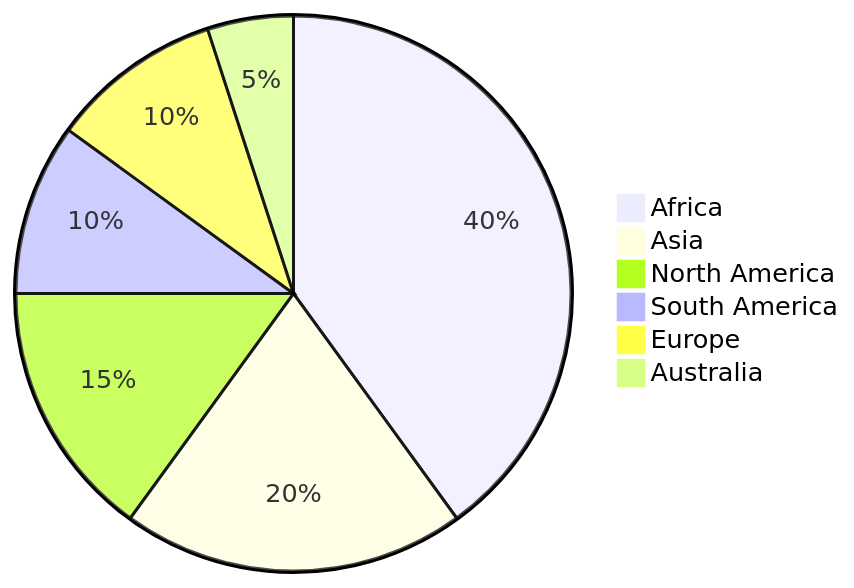
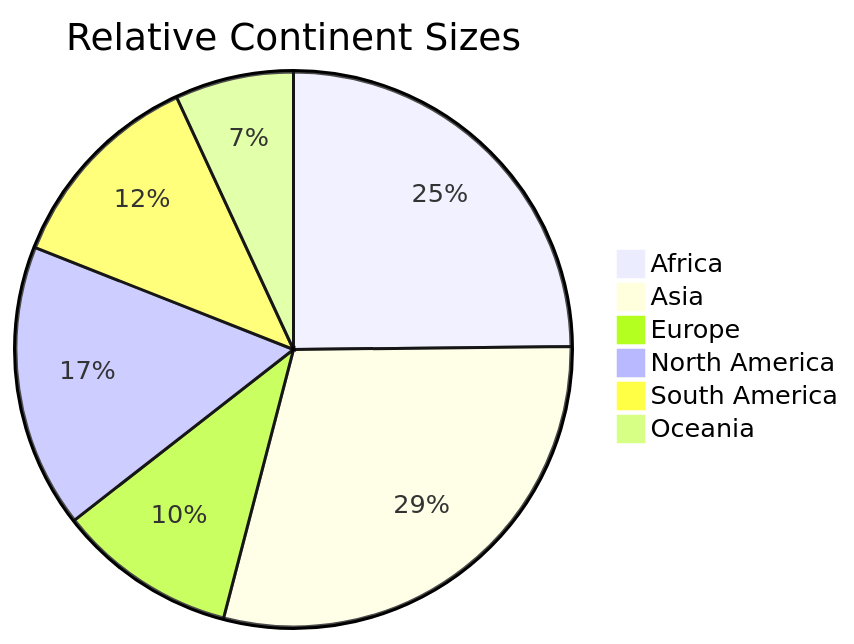
Before and after one commit to antononcube/Raku-LLM-Functions: the fifth of 7 diagrams in docs/Workflows-with-LLM-functions_woven.md, drawn with Mermaid. The commit also changed other lines of this file, not shown here.

````diff
--- a/docs/Workflows-with-LLM-functions_woven.md
+++ b/docs/Workflows-with-LLM-functions_woven.md
@@ -830,9 +805,9 @@
 ```mermaid
-pie
-    "Africa" : 40
-    "Asia" : 20
-    "North America" : 15
-    "South America" : 10
-    "Europe" : 10
-    "Australia" : 5
+pie title Relative Continent Sizes
+"Africa" : 24.8
+"Asia" : 29.2
+"Europe" : 10.4
+"North America" : 16.5
+"South America" : 12.1
+"Oceania" : 6.9
 ```
````
